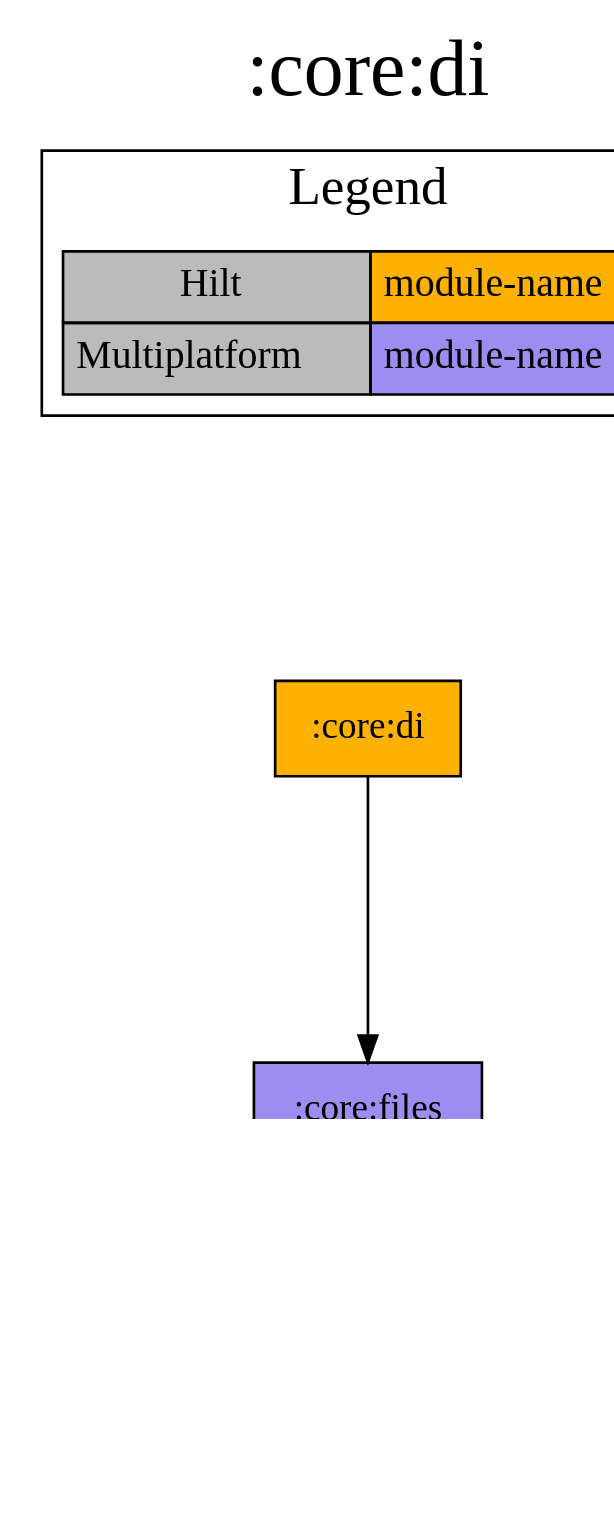
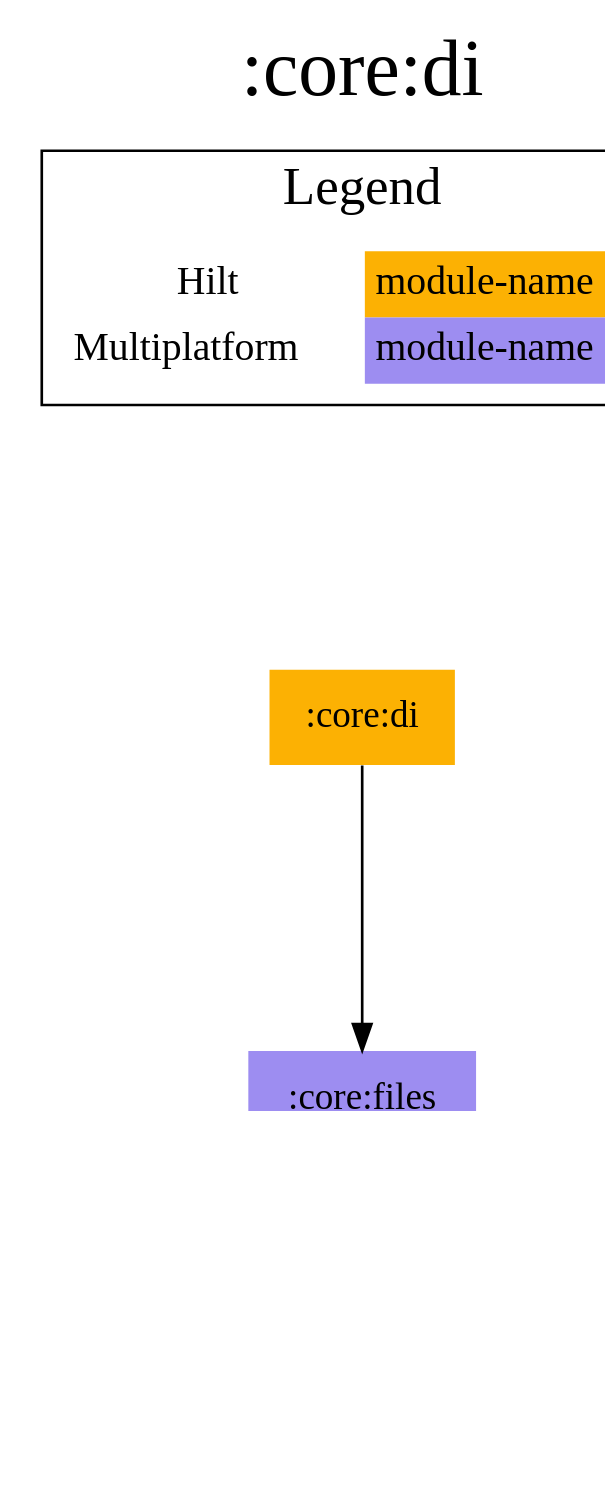
The diagram in modules/core/di/project-dependency-graph.dot (jonapoul/aktual), drawn with Graphviz before and after one commit. The commit also changed 62 other files, not shown here.

Commit message:
Reworked diagrams plugin a bit

```diff
--- a/modules/core/di/project-dependency-graph.dot
+++ b/modules/core/di/project-dependency-graph.dot
@@ -1,25 +1,25 @@
 digraph {
 edge ["dir"="forward"]
 graph ["dpi"="100","label"=":core:di","labelloc"="t","fontsize"="30","ranksep"="1.5","rankdir"="TB"]
 node ["style"="filled"]
-":budget:model" ["fillcolor"="#9D8DF1","shape"="box"]
-":core:di" ["shape"="box","fillcolor"="#FCB103"]
-":core:files" ["fillcolor"="#9D8DF1","shape"="box"]
+":core:di" ["shape"="none","fillcolor"="#FCB103"]
+":core:files" ["fillcolor"="#9D8DF1","shape"="none"]
+":budget:model" ["fillcolor"="#9D8DF1","shape"="none"]
 {
 edge ["dir"="none"]
 graph ["rank"="same"]
 ":core:di"
 }
 ":core:di" -> ":core:files"
 ":core:files" -> ":budget:model"
 subgraph "cluster_legend" {
 edge ["dir"="none"]
 graph ["label"="Legend","fontsize"="20"]
-"Legend" ["style"="filled","fillcolor"="#bbbbbb","shape"="none","margin"="0","fontsize"="15","label"=<
-<TABLE BORDER="0" CELLBORDER="1" CELLSPACING="0" CELLPADDING="4">
+"Legend" ["style"="filled","fillcolor"="#FFFFFF","shape"="none","margin"="0","fontsize"="15","label"=<
+<TABLE BORDER="0" CELLBORDER="0" CELLSPACING="0" CELLPADDING="4">
 <TR><TD>Hilt</TD><TD BGCOLOR="#FCB103">module-name</TD></TR>
 <TR><TD>Multiplatform</TD><TD BGCOLOR="#9D8DF1">module-name</TD></TR>
 </TABLE>
 >]
 } -> ":core:di" ["style"="invis"]
 }
```
